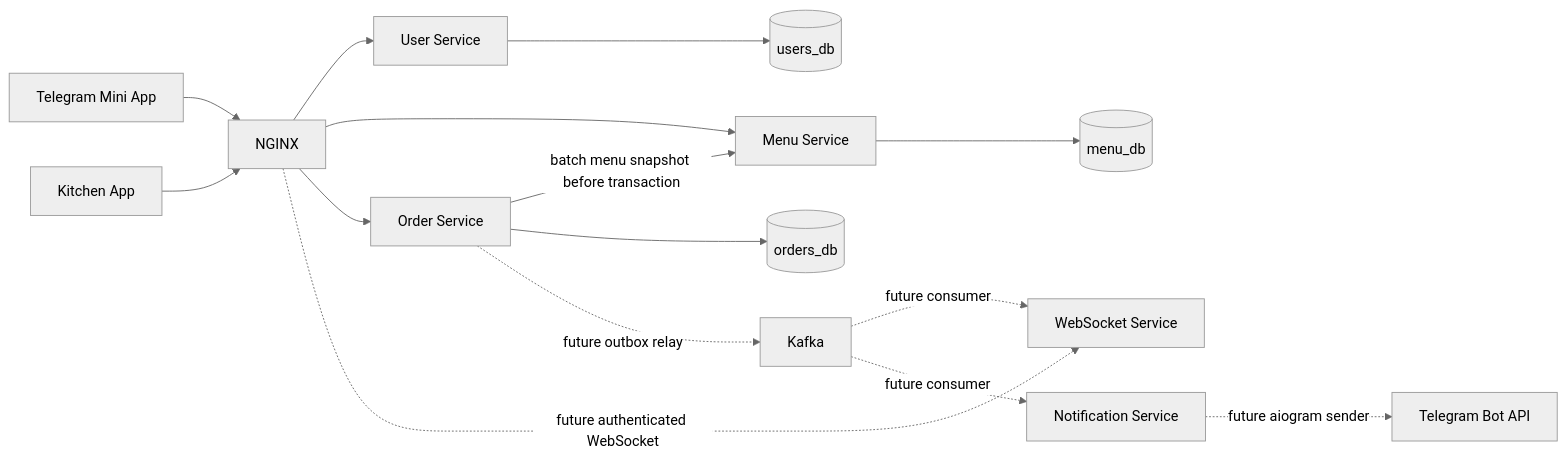
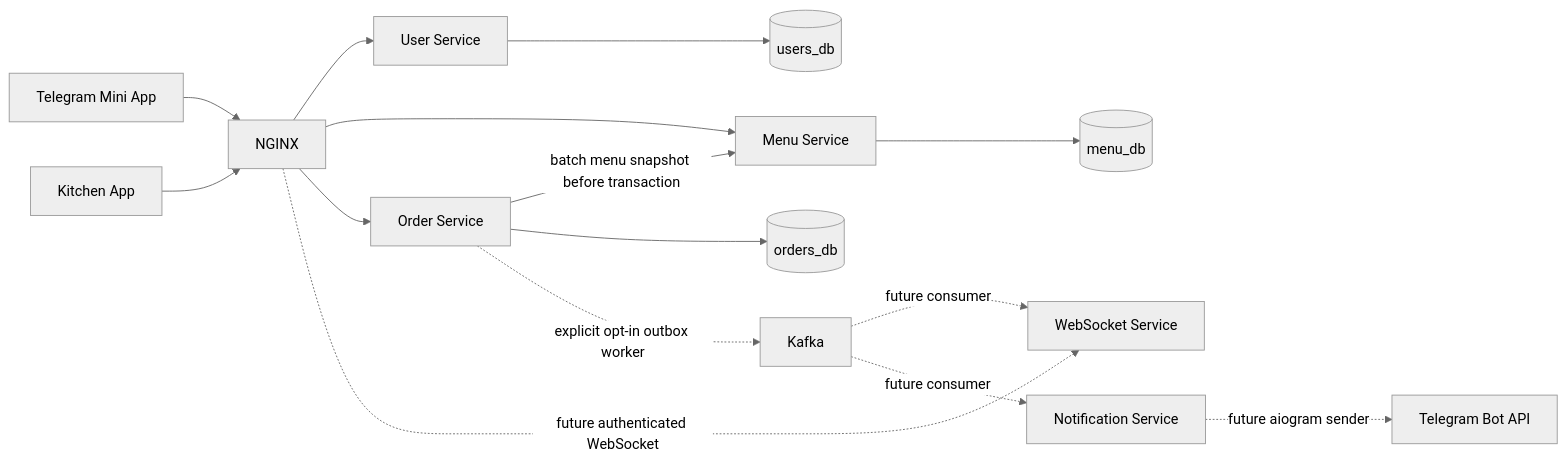
The diagram in docs/architecture/overview.md (KirillBelianskiy/mai-stolovka), drawn with Mermaid (neutral theme) before and after one commit. The commit also changed other lines of this file and 19 other files, not shown here.

````diff
--- a/docs/architecture/overview.md
+++ b/docs/architecture/overview.md
@@ -22,17 +24,17 @@
 ```mermaid
 flowchart LR
   Customer[Telegram Mini App] --> Proxy[NGINX]
   Staff[Kitchen App] --> Proxy
   Proxy --> User[User Service]
   Proxy --> Menu[Menu Service]
   Proxy --> Order[Order Service]
   Proxy -. future authenticated WebSocket .-> WS[WebSocket Service]
   User --> UsersDB[(users_db)]
   Menu --> MenuDB[(menu_db)]
   Order -->|batch menu snapshot before transaction| Menu
   Order --> OrdersDB[(orders_db)]
-  Order -. future outbox relay .-> Kafka[Kafka]
+  Order -. explicit opt-in outbox worker .-> Kafka[Kafka]
   Kafka -. future consumer .-> WS
   Kafka -. future consumer .-> Notification[Notification Service]
   Notification -. future aiogram sender .-> Telegram[Telegram Bot API]
 ```
````
